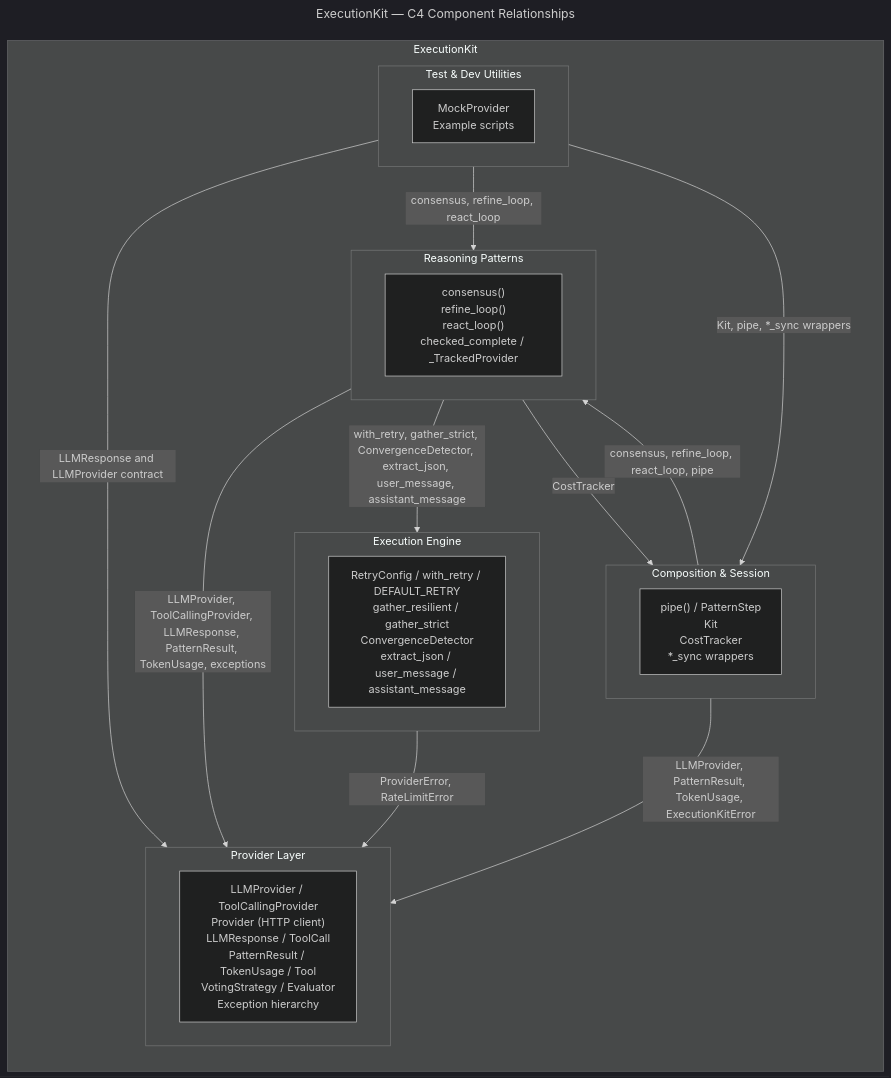
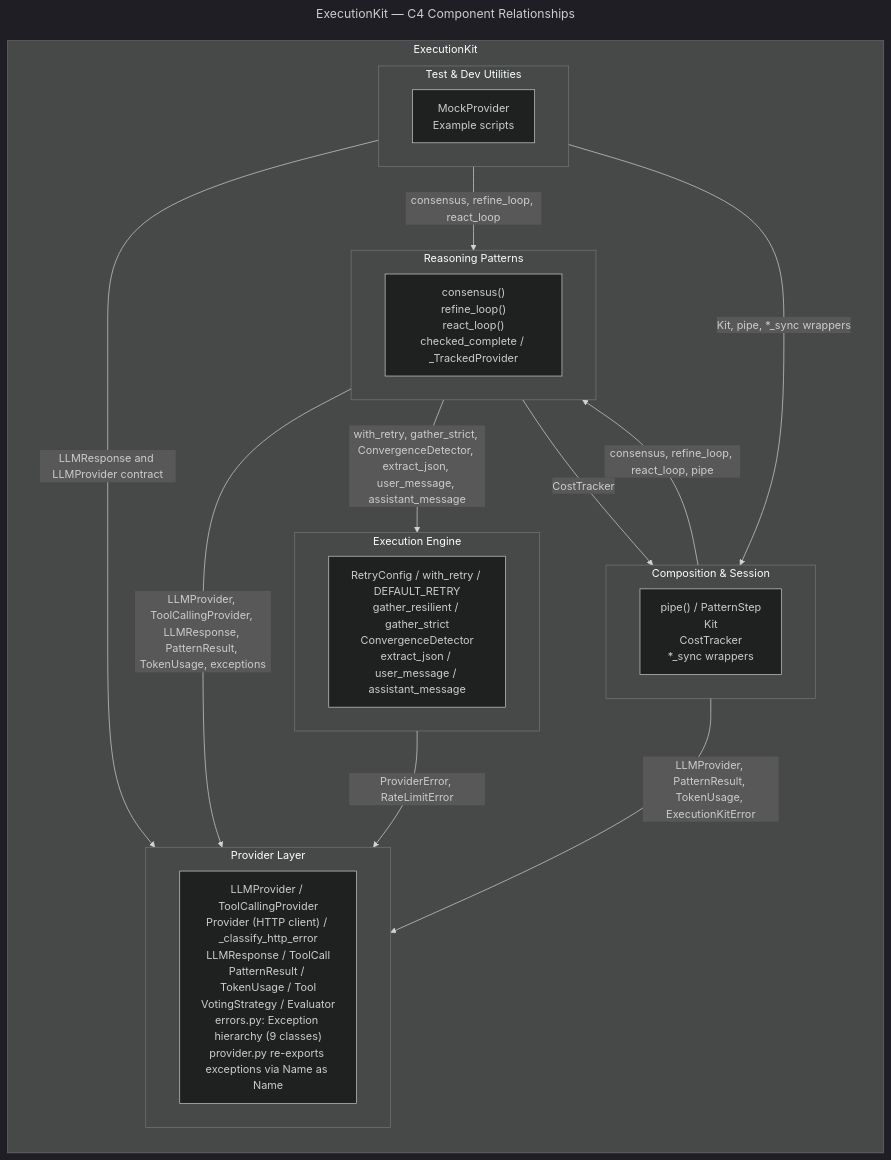
One commit to tafreeman/executionkit changed the diagram in docs/c4/c4-component.md. Above: the diagram before and after it, drawn with Mermaid (dark theme). The commit also changed other lines of this file and 7 other files, not shown here.

First line of the commit message:
docs: update architecture, API reference, and C4 diagrams post-refactor

````diff
--- a/docs/c4/c4-component.md
+++ b/docs/c4/c4-component.md
@@ -21,46 +21,46 @@
 ```mermaid
 ---
 title: ExecutionKit — C4 Component Relationships
 ---
 flowchart TB
     subgraph EK["ExecutionKit"]
         direction TB
 
         subgraph PL["Provider Layer"]
-            PLcore["LLMProvider / ToolCallingProvider\nProvider (HTTP client)\nLLMResponse / ToolCall\nPatternResult / TokenUsage / Tool\nVotingStrategy / Evaluator\nException hierarchy"]
+            PLcore["LLMProvider / ToolCallingProvider\nProvider (HTTP client) / _classify_http_error\nLLMResponse / ToolCall\nPatternResult / TokenUsage / Tool\nVotingStrategy / Evaluator\nerrors.py: Exception hierarchy (9 classes)\nprovider.py re-exports exceptions via Name as Name"]
         end
 
         subgraph EE["Execution Engine"]
             EEcore["RetryConfig / with_retry / DEFAULT_RETRY\ngather_resilient / gather_strict\nConvergenceDetector\nextract_json / user_message / assistant_message"]
         end
 
         subgraph RP["Reasoning Patterns"]
             RPcore["consensus()\nrefine_loop()\nreact_loop()\nchecked_complete / _TrackedProvider"]
         end
 
         subgraph CS["Composition & Session"]
             CScore["pipe() / PatternStep\nKit\nCostTracker\n*_sync wrappers"]
         end
 
         subgraph TDU["Test & Dev Utilities"]
             TDUcore["MockProvider\nExample scripts"]
         end
     end
 
     %% Execution Engine depends on Provider Layer for exception types
     EE -->|ProviderError, RateLimitError| PL
 
     %% Reasoning Patterns depends on Provider Layer and Execution Engine
     RP -->|LLMProvider, ToolCallingProvider, LLMResponse, PatternResult, TokenUsage, exceptions| PL
     RP -->|with_retry, gather_strict, ConvergenceDetector, extract_json, user_message, assistant_message| EE
     RP -->|CostTracker| CS
 
     %% Composition & Session depends on Provider Layer and Reasoning Patterns
     CS -->|LLMProvider, PatternResult, TokenUsage, ExecutionKitError| PL
     CS -->|consensus, refine_loop, react_loop, pipe| RP
 
     %% Test & Dev Utilities depends on Provider Layer, Reasoning Patterns, and Composition & Session
     TDU -->|LLMResponse and LLMProvider contract| PL
     TDU -->|consensus, refine_loop, react_loop| RP
     TDU -->|Kit, pipe, *_sync wrappers| CS
 ```
````
